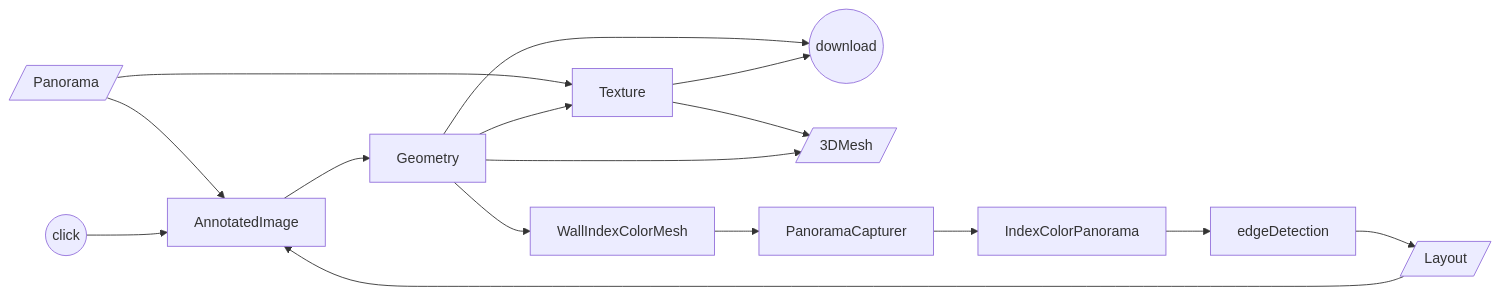
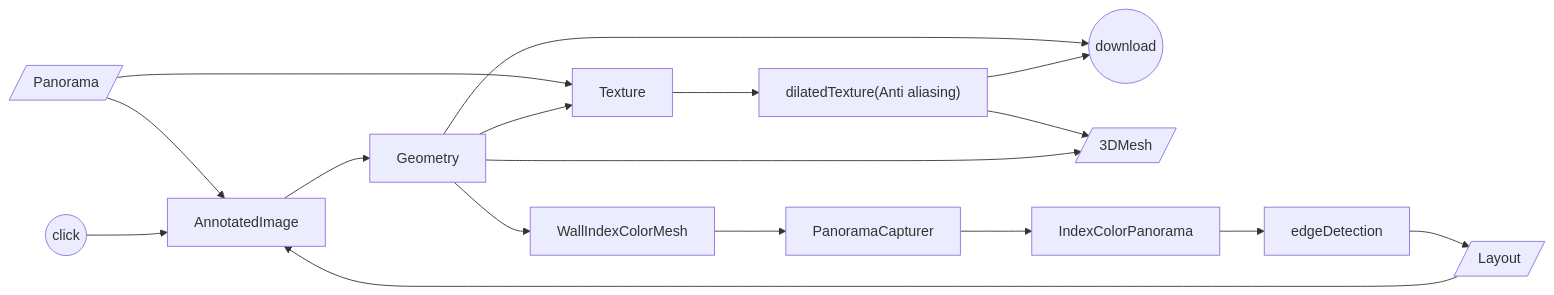
Before and after one commit to yushiang-demo/pano-to-mesh: the diagram in README.md, drawn with Mermaid.

Commit message:
doc: add dilated texture process to readme.

````diff
--- a/README.md
+++ b/README.md
@@ -12,29 +12,32 @@
 ```mermaid
 flowchart LR
+
+    dilatedTexture["dilatedTexture(Anti aliasing)"]
 
     Panorama --> AnnotatedImage
     Panorama --> Texture
 
     user --> AnnotatedImage
     AnnotatedImage --> Geometry
 
     Geometry --> download
-    Texture --> download
 
     Geometry --> Texture
-    Texture --> 3DMesh
+    Texture --> dilatedTexture
+    dilatedTexture --> download
+    dilatedTexture --> 3DMesh
     Geometry --> 3DMesh
 
     Geometry --> WallIndexColorMesh
     WallIndexColorMesh --> PanoramaCapturer
     PanoramaCapturer --> IndexColorPanorama
     IndexColorPanorama --> edgeDetection
     edgeDetection --> Layout
     Layout --> AnnotatedImage
 
     Panorama[/Panorama/]
     3DMesh[/3DMesh/]
     Layout[/Layout/]
     user((click))
     download((download))
 ```
````
